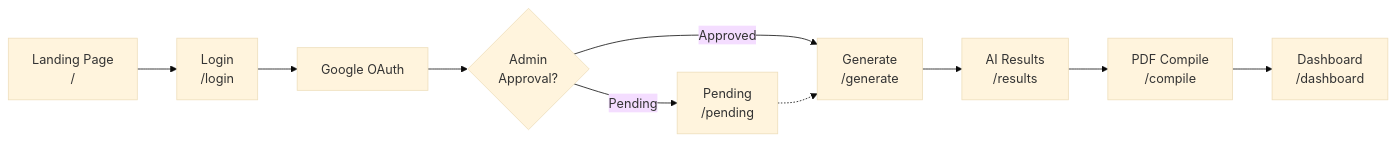
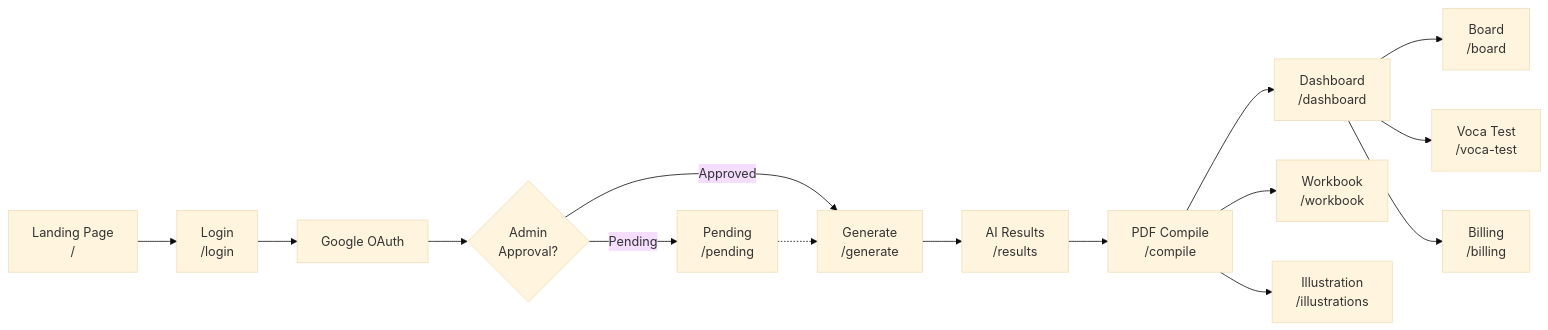
The diagram in README.md (p-changki/GyoanMaker), drawn with Mermaid (base theme) before and after one commit. The commit also changed other lines of this file, not shown here.

````diff
--- a/README.md
+++ b/README.md
@@ -201,12 +223,17 @@
 ```mermaid
 flowchart LR
     A["Landing Page\n/"] --> B["Login\n/login"]
     B --> C["Google OAuth"]
     C --> D{"Admin\nApproval?"}
     D -- Pending --> E["Pending\n/pending"]
     D -- Approved --> F["Generate\n/generate"]
     E -.-> F
     F --> G["AI Results\n/results"]
     G --> H["PDF Compile\n/compile"]
     H --> I["Dashboard\n/dashboard"]
+    H --> J["Workbook\n/workbook"]
+    H --> K["Illustration\n/illustrations"]
+    I --> L["Board\n/board"]
+    I --> M["Voca Test\n/voca-test"]
+    I --> N["Billing\n/billing"]
 ```
````
